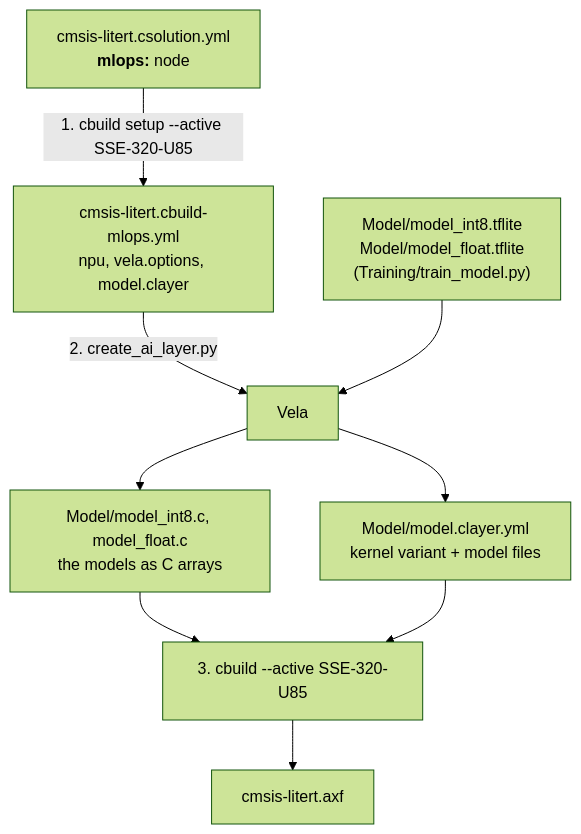
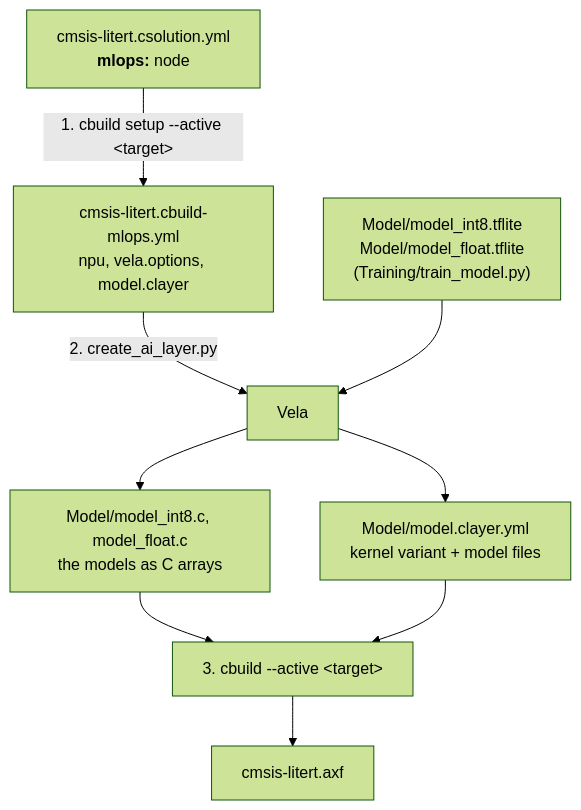
The diagram in documentation/mlops-flow.md (Evagan2018/CMSIS-LiteRT), drawn with Mermaid (forest theme) before and after one commit. The commit also changed other lines of this file and 3 other files, not shown here.

````diff
--- a/documentation/mlops-flow.md
+++ b/documentation/mlops-flow.md
@@ -9,11 +9,11 @@
 ```mermaid
 flowchart TD
-    A["cmsis-litert.csolution.yml<br/><b>mlops:</b> node"] -->|"1. cbuild setup --active SSE-320-U85"| B["cmsis-litert.cbuild-mlops.yml<br/>npu, vela.options, model.clayer"]
+    A["cmsis-litert.csolution.yml<br/><b>mlops:</b> node"] -->|"1. cbuild setup --active &lt;target&gt;"| B["cmsis-litert.cbuild-mlops.yml<br/>npu, vela.options, model.clayer"]
     B -->|"2. create_ai_layer.py"| C["Vela"]
     D["Model/model_int8.tflite<br/>Model/model_float.tflite<br/>(Training/train_model.py)"] --> C
     C --> E["Model/model_int8.c, model_float.c<br/>the models as C arrays"]
     C --> F["Model/model.clayer.yml<br/>kernel variant + model files"]
-    E --> G["3. cbuild --active SSE-320-U85"]
+    E --> G["3. cbuild --active &lt;target&gt;"]
     F --> G
     G --> H["cmsis-litert.axf"]
 ```
````
